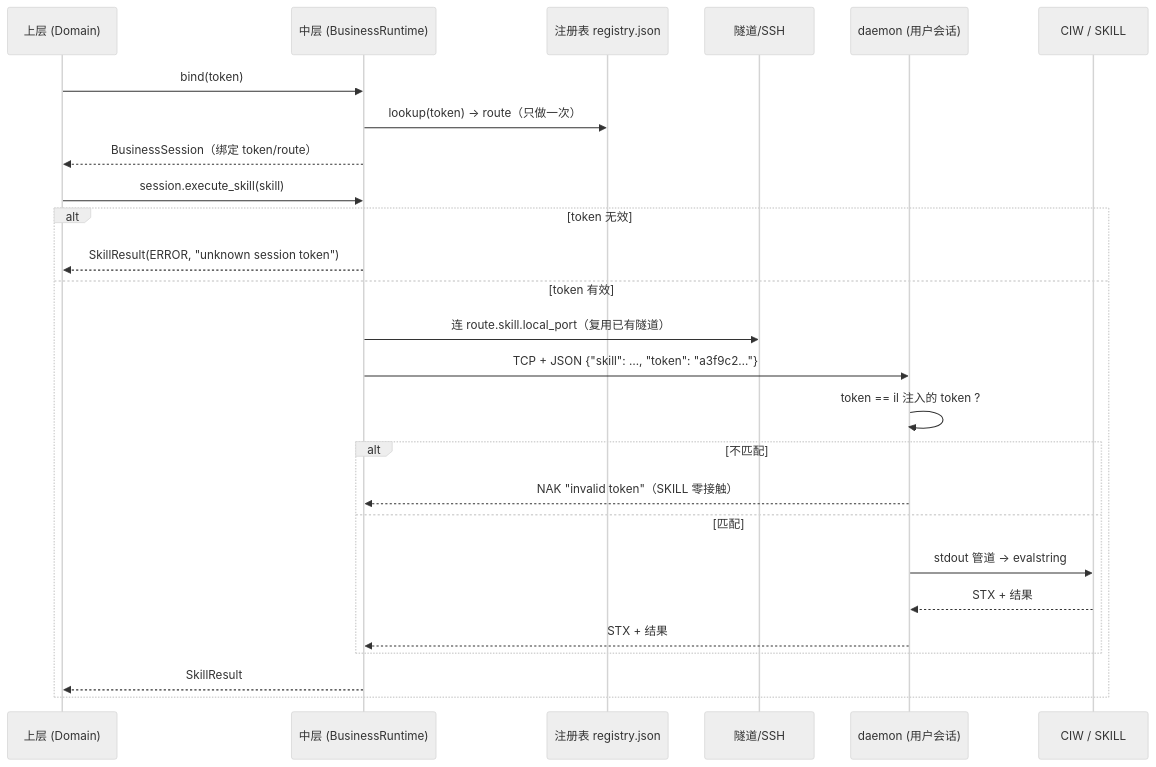
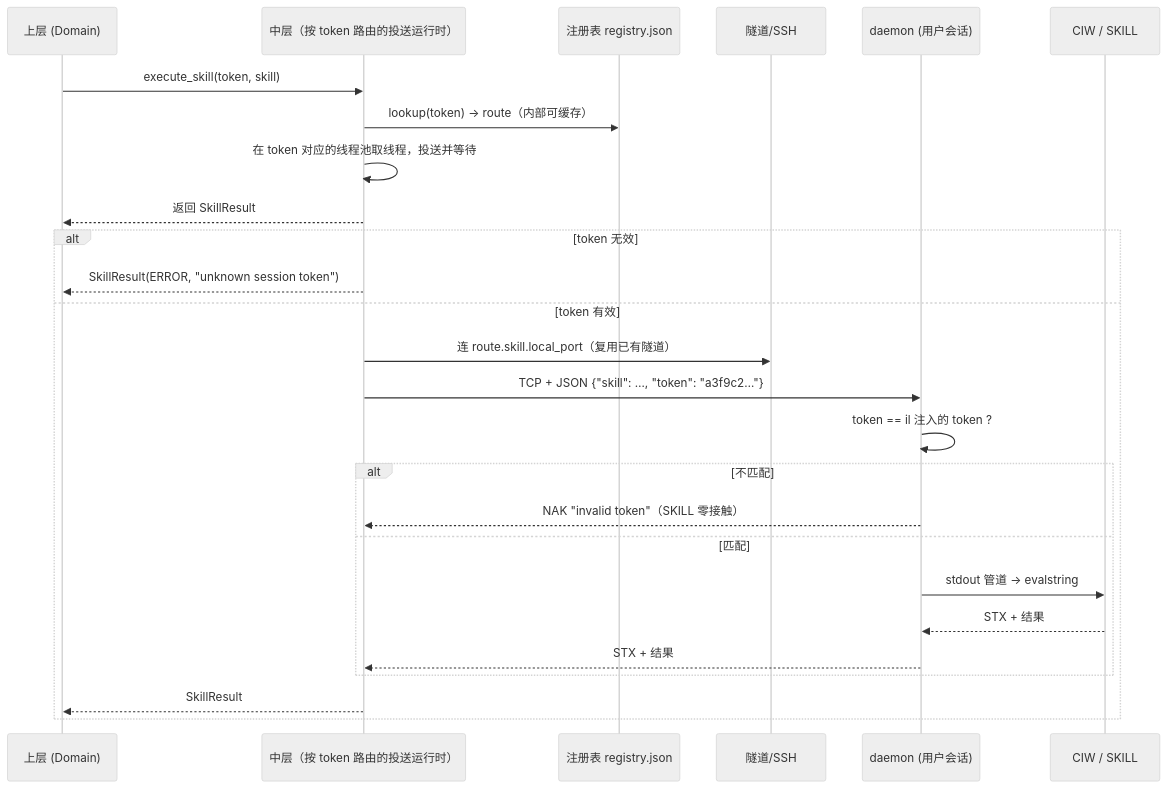
One commit to GentLau/virtuoso-bridge-NCS changed the second of 2 diagrams in spec/design-concepts/底层与中层/多用户设计.md. Above: the diagram before and after it, drawn with Mermaid (neutral theme). The commit also changed other lines of this file and 242 other files, not shown here.

````diff
--- a/spec/design-concepts/底层与中层/多用户设计.md
+++ b/spec/design-concepts/底层与中层/多用户设计.md
@@ -360,29 +234,29 @@
 ```mermaid
 sequenceDiagram
     participant U as 上层 (Domain)
-    participant M as 中层 (BusinessRuntime)
+    participant M as 中层（按 token 路由的投送运行时）
     participant R as 注册表 registry.json
     participant T as 隧道/SSH
     participant D as daemon (用户会话)
     participant S as CIW / SKILL
 
-    U->>M: bind(token)
-    M->>R: lookup(token) → route（只做一次）
-    M-->>U: BusinessSession（绑定 token/route）
-    U->>M: session.execute_skill(skill)
+    U->>M: execute_skill(token, skill)
+    M->>R: lookup(token) → route（内部可缓存）
+    M->>M: 在 token 对应的线程池取线程，投送并等待
+    M-->>U: 返回 SkillResult
     alt token 无效
         M-->>U: SkillResult(ERROR, "unknown session token")
     else token 有效
         M->>T: 连 route.skill.local_port（复用已有隧道）
         M->>D: TCP + JSON {"skill": …, "token": "a3f9c2…"}
         D->>D: token == il 注入的 token ?
         alt 不匹配
             D-->>M: NAK "invalid token"（SKILL 零接触）
         else 匹配
             D->>S: stdout 管道 → evalstring
             S-->>D: STX + 结果
             D-->>M: STX + 结果
         end
         M-->>U: SkillResult
     end
 ```
````
